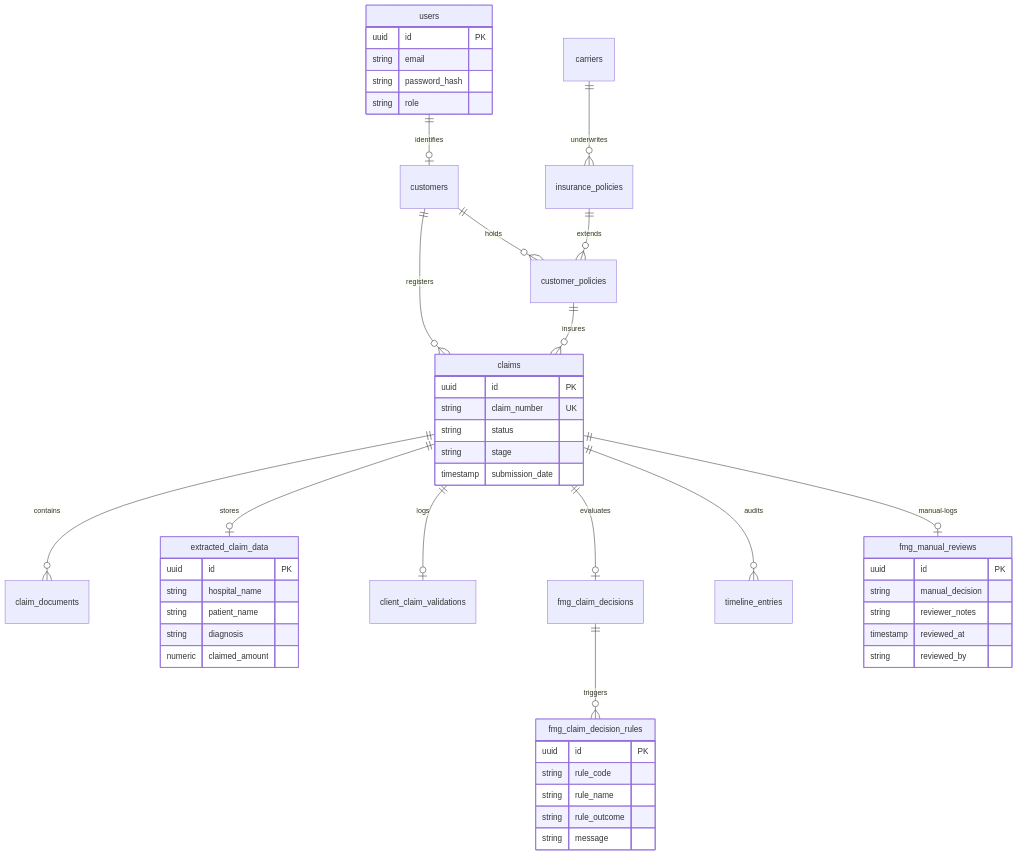
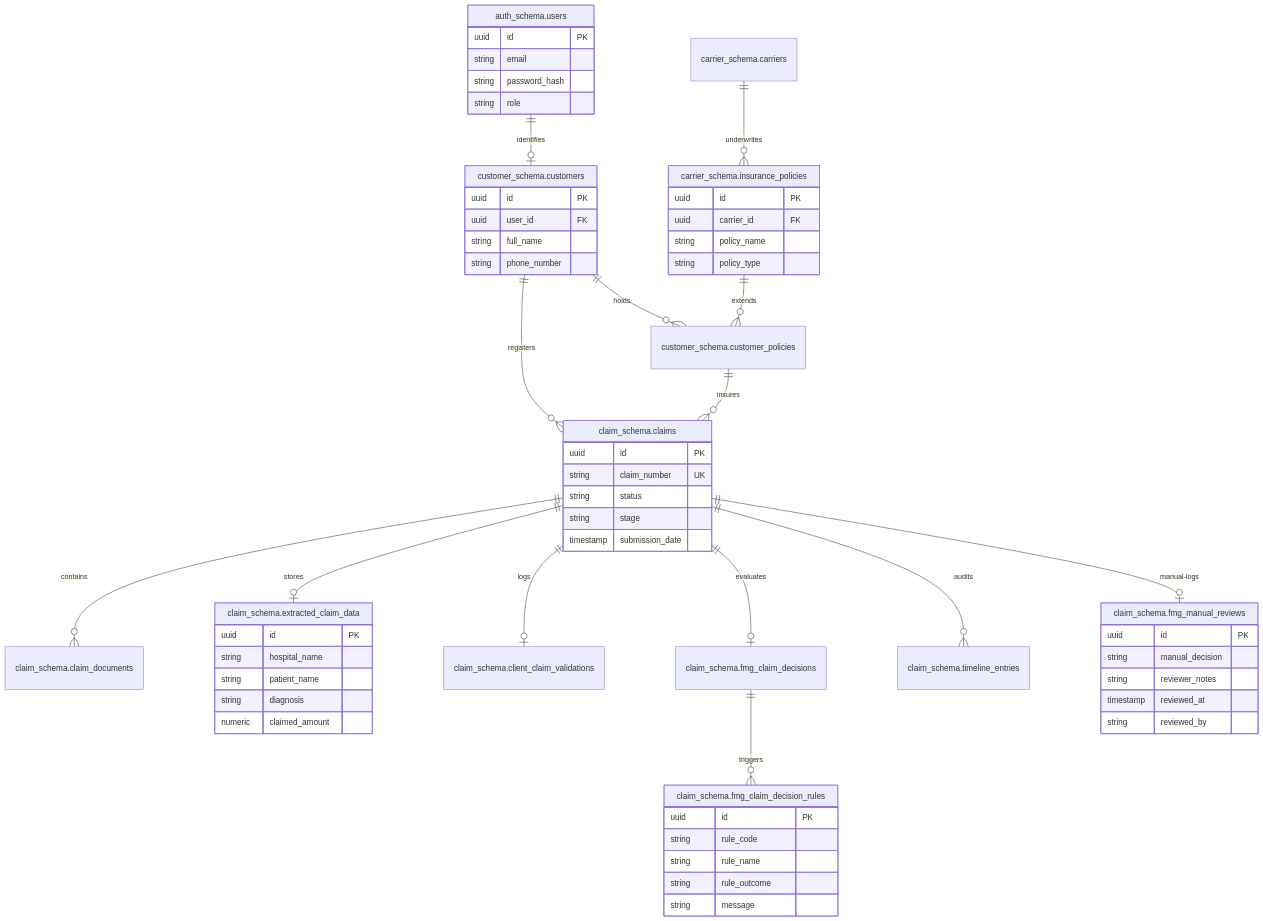
The sixth of 6 diagrams in README.md (Sampramardhan/Tpa_Claim_Process), drawn with Mermaid before and after one commit. The commit also changed other lines of this file, not shown here.

Commit message:
Refactor ERD to explicitly include schema prefixes and categories

````diff
--- a/README.md
+++ b/README.md
@@ -318,49 +318,81 @@
 ```mermaid
 erDiagram
-    users ||--o| customers : "identifies"
-    customers ||--o{ customer_policies : "holds"
-    carriers ||--o{ insurance_policies : "underwrites"
-    insurance_policies ||--o{ customer_policies : "extends"
-    customers ||--o{ claims : "registers"
-    customer_policies ||--o{ claims : "insures"
+    %% ==========================================
+    %% 🔐 AUTH & SECURITY SCHEMA
+    %% ==========================================
+    "auth_schema.users" ||--o| "customer_schema.customers" : "identifies"
     
-    claims ||--o{ claim_documents : "contains"
-    claims ||--o| extracted_claim_data : "stores"
-    claims ||--o| client_claim_validations : "logs"
-    claims ||--o| fmg_claim_decisions : "evaluates"
-    claims ||--o{ timeline_entries : "audits"
-    
-    fmg_claim_decisions ||--o{ fmg_claim_decision_rules : "triggers"
-    claims ||--o| fmg_manual_reviews : "manual-logs"
-
-    users {
+    "auth_schema.users" {
         uuid id PK
         string email
         string password_hash
         string role
     }
-    claims {
+
+    %% ==========================================
+    %% 👤 CUSTOMER SCHEMA
+    %% ==========================================
+    "customer_schema.customers" ||--o{ "customer_schema.customer_policies" : "holds"
+    "customer_schema.customers" ||--o{ "claim_schema.claims" : "registers"
+    "customer_schema.customer_policies" ||--o{ "claim_schema.claims" : "insures"
+    
+    "customer_schema.customers" {
+        uuid id PK
+        uuid user_id FK
+        string full_name
+        string phone_number
+    }
+
+    %% ==========================================
+    %% 🏦 CARRIER SCHEMA
+    %% ==========================================
+    "carrier_schema.carriers" ||--o{ "carrier_schema.insurance_policies" : "underwrites"
+    "carrier_schema.insurance_policies" ||--o{ "customer_schema.customer_policies" : "extends"
+    
+    "carrier_schema.insurance_policies" {
+        uuid id PK
+        uuid carrier_id FK
+        string policy_name
+        string policy_type
+    }
+
+    %% ==========================================
+    %% 📋 CLAIM SCHEMA (Core Transactions)
+    %% ==========================================
+    "claim_schema.claims" ||--o{ "claim_schema.claim_documents" : "contains"
+    "claim_schema.claims" ||--o| "claim_schema.extracted_claim_data" : "stores"
+    "claim_schema.claims" ||--o| "claim_schema.client_claim_validations" : "logs"
+    "claim_schema.claims" ||--o| "claim_schema.fmg_claim_decisions" : "evaluates"
+    "claim_schema.claims" ||--o{ "claim_schema.timeline_entries" : "audits"
+    
+    "claim_schema.fmg_claim_decisions" ||--o{ "claim_schema.fmg_claim_decision_rules" : "triggers"
+    "claim_schema.claims" ||--o| "claim_schema.fmg_manual_reviews" : "manual-logs"
+
+    "claim_schema.claims" {
         uuid id PK
         string claim_number UK
         string status
         string stage
         timestamp submission_date
     }
-    extracted_claim_data {
+    
+    "claim_schema.extracted_claim_data" {
         uuid id PK
         string hospital_name
         string patient_name
         string diagnosis
         numeric claimed_amount
     }
-    fmg_claim_decision_rules {
+    
+    "claim_schema.fmg_claim_decision_rules" {
         uuid id PK
         string rule_code
         string rule_name
         string rule_outcome
         string message
     }
-    fmg_manual_reviews {
+    
+    "claim_schema.fmg_manual_reviews" {
         uuid id PK
         string manual_decision
         string reviewer_notes
````
